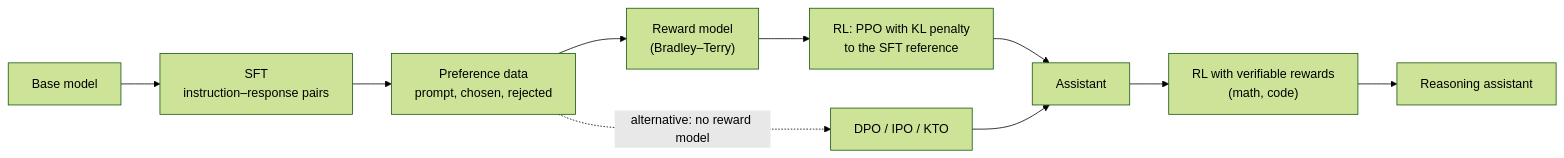
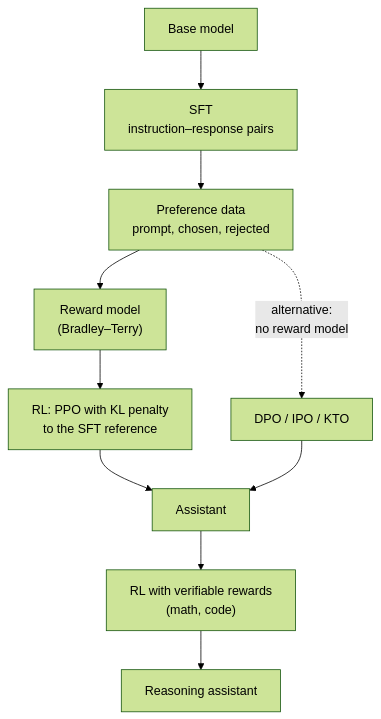
One commit to rajan-021/AI-ML changed the diagram in docs/alignment/post-training.md. Above: the diagram before and after it, drawn with Mermaid (forest theme). The commit also changed 20 other files, not shown here.

First line of the commit message:
Make diagrams readable at the content width

````diff
--- a/docs/alignment/post-training.md
+++ b/docs/alignment/post-training.md
@@ -34,12 +34,12 @@
 ```mermaid
-flowchart LR
+flowchart TB
     B["Base model"] --> S["SFT<br/>instruction–response pairs"]
     S --> P["Preference data<br/>prompt, chosen, rejected"]
     P --> RM["Reward model<br/>(Bradley–Terry)"]
     RM --> PPO["RL: PPO with KL penalty<br/>to the SFT reference"]
-    P -.->|"alternative: no reward model"| DPO["DPO / IPO / KTO"]
+    P -.->|"alternative:<br/>no reward model"| DPO["DPO / IPO / KTO"]
     PPO --> A["Assistant"]
     DPO --> A
     A --> V["RL with verifiable rewards<br/>(math, code)"]
     V --> R["Reasoning assistant"]
 ```
````
